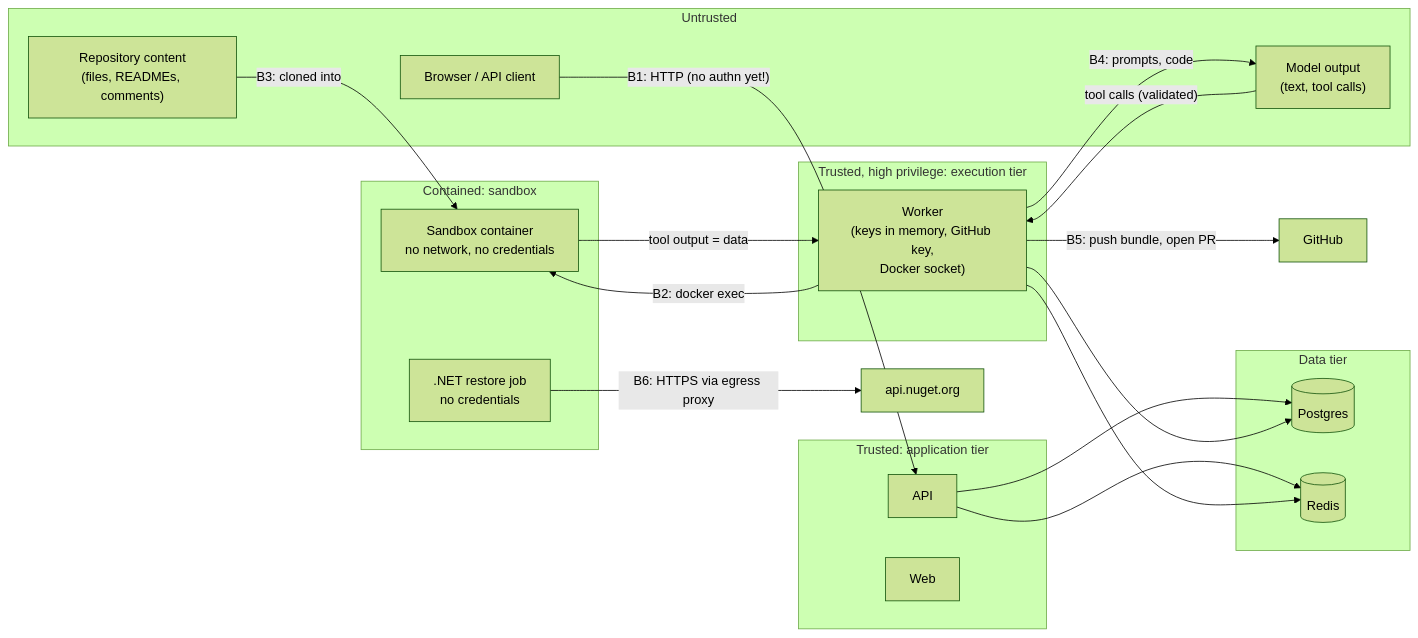
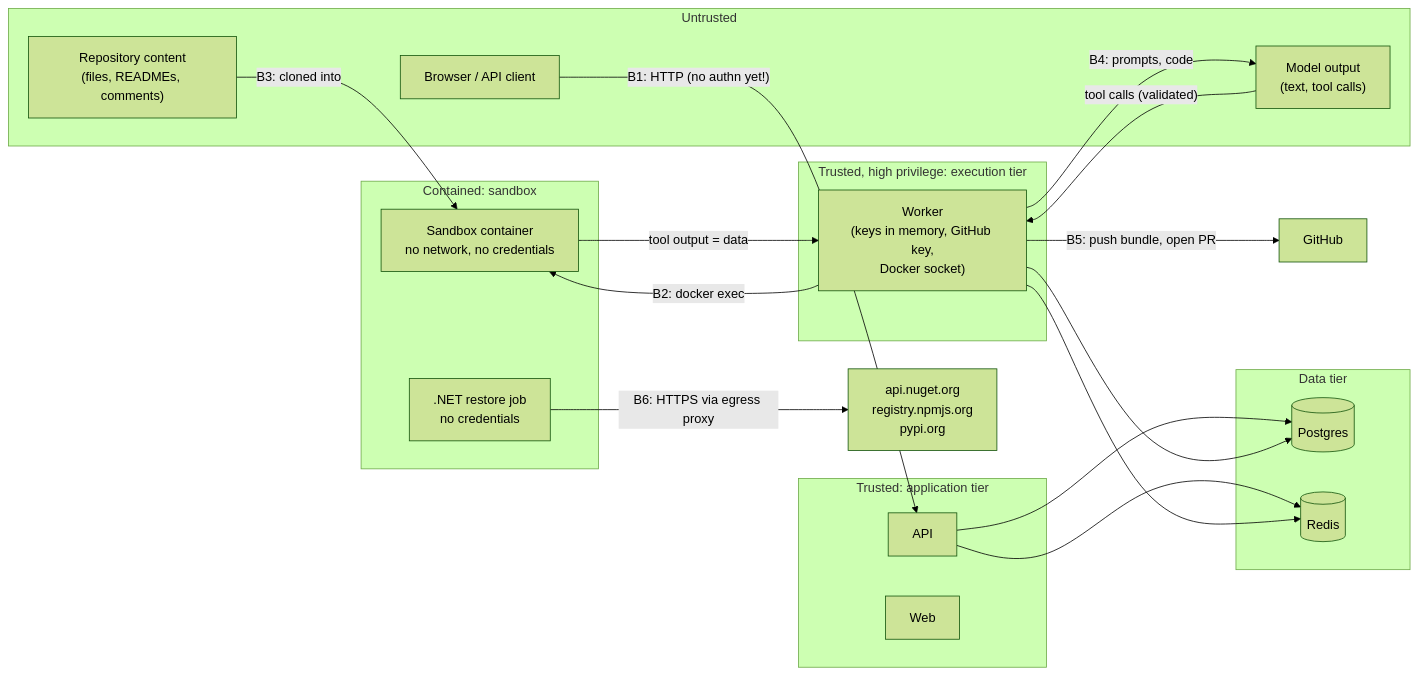
The diagram in docs/security/security-model.md (KsiProgramming/agentic-dev), drawn with Mermaid (forest theme) before and after one commit. The commit also changed other lines of this file and 56 other files, not shown here.

````diff
--- a/docs/security/security-model.md
+++ b/docs/security/security-model.md
@@ -26,34 +26,34 @@
 ```mermaid
 flowchart LR
     subgraph U["Untrusted"]
         user["Browser / API client"]
         repo["Repository content<br/>(files, READMEs, comments)"]
         model["Model output<br/>(text, tool calls)"]
     end
     subgraph T1["Trusted: application tier"]
         api["API"]
         web["Web"]
     end
     subgraph T2["Trusted, high privilege: execution tier"]
         worker["Worker<br/>(keys in memory, GitHub key,<br/>Docker socket)"]
     end
     subgraph T3["Contained: sandbox"]
         sb["Sandbox container<br/>no network, no credentials"]
         job[".NET restore job<br/>no credentials"]
     end
     subgraph D["Data tier"]
         pg[("Postgres")]
         rd[("Redis")]
     end
 
     user -- "B1: HTTP (no authn yet!)" --> api
     api --> pg & rd
     worker --> pg & rd
     worker -- "B2: docker exec" --> sb
     repo -- "B3: cloned into" --> sb
     sb -- "tool output = data" --> worker
     worker -- "B4: prompts, code" --> model
     model -- "tool calls (validated)" --> worker
     worker -- "B5: push bundle, open PR" --> gh["GitHub"]
-    job -- "B6: HTTPS via egress proxy" --> nuget["api.nuget.org"]
+    job -- "B6: HTTPS via egress proxy" --> nuget["api.nuget.org<br/>registry.npmjs.org<br/>pypi.org"]
 ```
````
